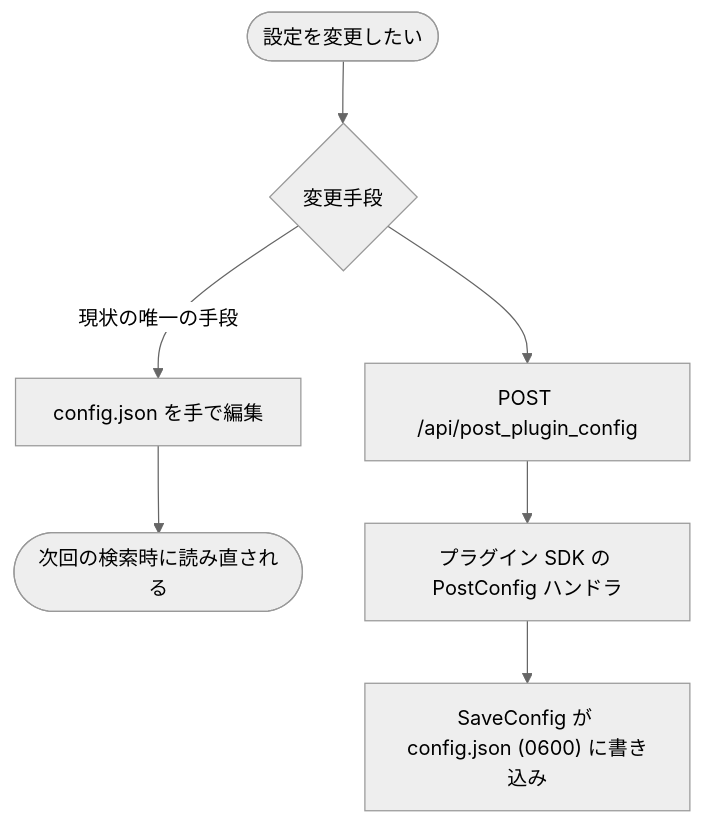
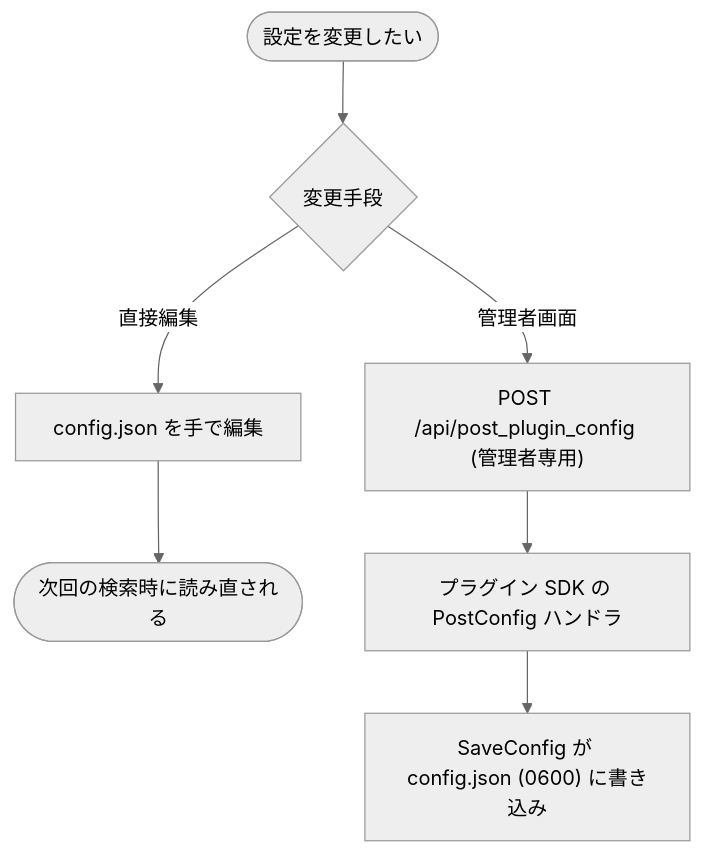
One commit to mt3hr/gkill changed diagram 12 of 15 in documents/reverse/activity-diagrams.md. Above: the diagram before and after it, drawn with Mermaid (neutral theme). The commit also changed other lines of this file and 220 other files, not shown here.

````diff
--- a/documents/reverse/activity-diagrams.md
+++ b/documents/reverse/activity-diagrams.md
@@ -392,11 +390,11 @@
 ```mermaid
 flowchart TD
     Start([設定を変更したい]) --> Which{変更手段}
 
-    Which -->|現状の唯一の手段| EditFile[config.json を手で編集]
+    Which -->|直接編集| EditFile[config.json を手で編集]
     EditFile --> Reload([次回の検索時に読み直される])
 
-    Which --> Api[POST /api/post_plugin_config]
+    Which -->|管理者画面| Api["POST /api/post_plugin_config (管理者専用)"]
     Api --> Sdk[プラグイン SDK の PostConfig ハンドラ]
     Sdk --> Save["SaveConfig が config.json (0600) に書き込み"]
 ```
````
